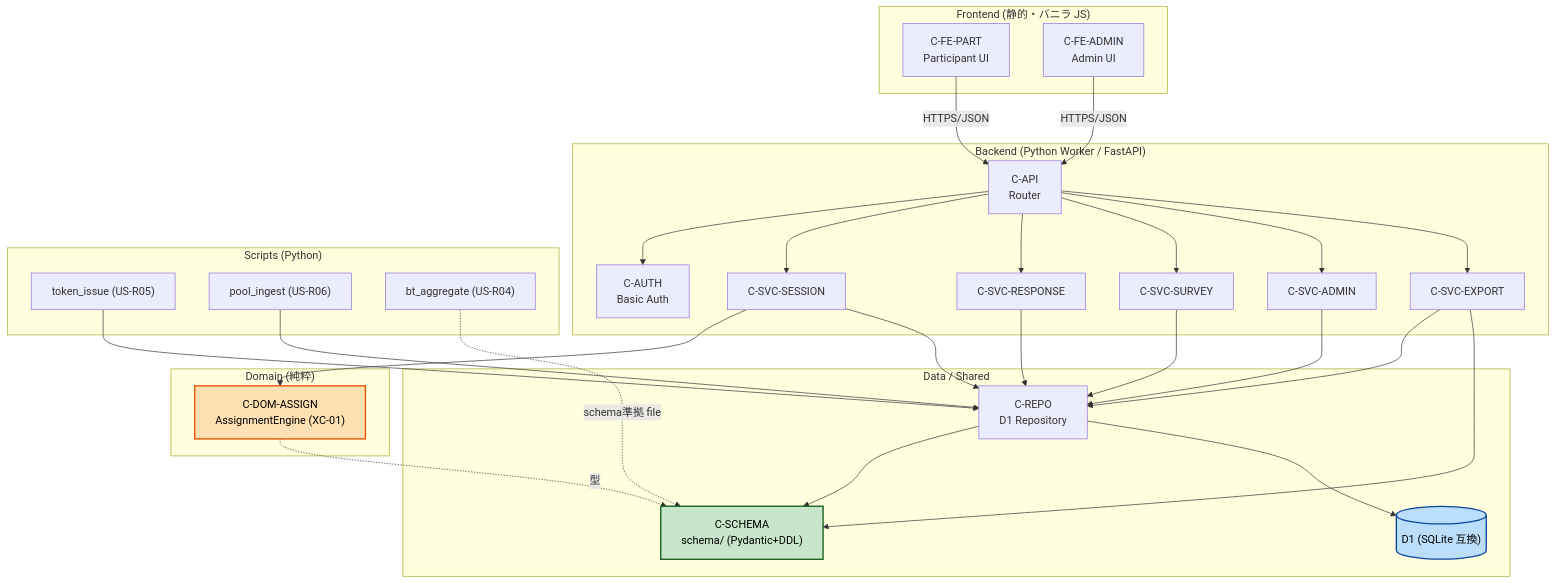
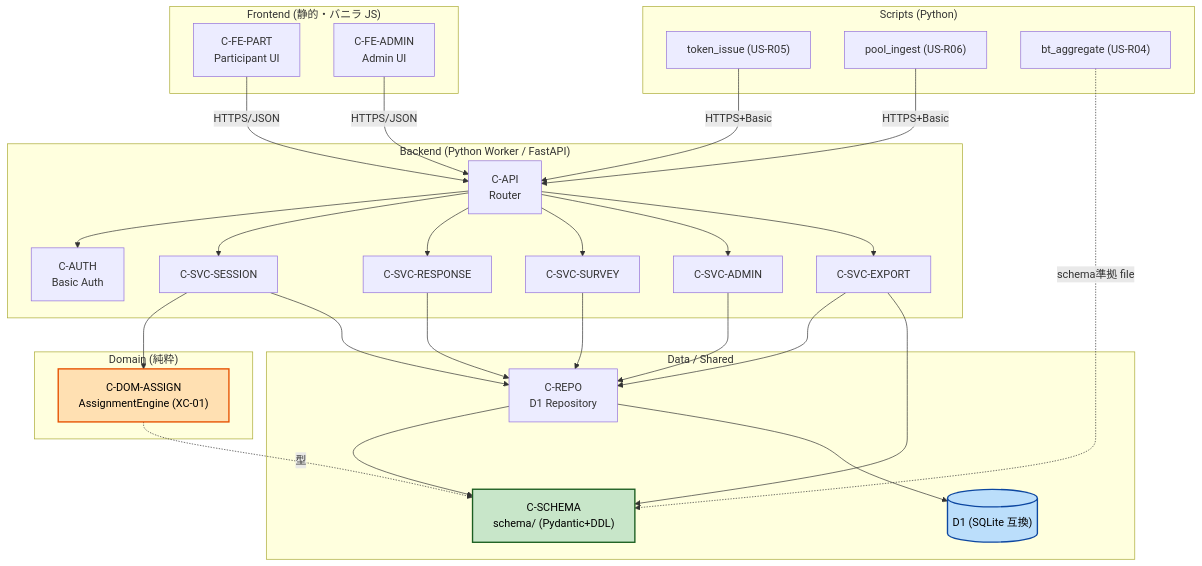
The diagram in aidlc-docs/inception/application-design/component-dependency.md (u-10bei/nazokake-judge), drawn with Mermaid before and after one commit. The commit also changed other lines of this file and 6 other files, not shown here.

````diff
--- a/aidlc-docs/inception/application-design/component-dependency.md
+++ b/aidlc-docs/inception/application-design/component-dependency.md
@@ -47,60 +47,60 @@
 ```mermaid
 flowchart TD
     subgraph FE["Frontend (静的・バニラ JS)"]
         PART["C-FE-PART<br/>Participant UI"]
         ADMIN_UI["C-FE-ADMIN<br/>Admin UI"]
     end
 
     subgraph BE["Backend (Python Worker / FastAPI)"]
         API["C-API<br/>Router"]
         AUTH["C-AUTH<br/>Basic Auth"]
         SESS["C-SVC-SESSION"]
         RESP["C-SVC-RESPONSE"]
         SURV["C-SVC-SURVEY"]
         ADM["C-SVC-ADMIN"]
         EXP["C-SVC-EXPORT"]
     end
 
     subgraph DOM["Domain (純粋)"]
         ASG["C-DOM-ASSIGN<br/>AssignmentEngine (XC-01)"]
     end
 
     subgraph DATA["Data / Shared"]
         REPO["C-REPO<br/>D1 Repository"]
         SCH["C-SCHEMA<br/>schema/ (Pydantic+DDL)"]
         D1[("D1 (SQLite 互換)")]
     end
 
     subgraph SC["Scripts (Python)"]
         TOK["token_issue (US-R05)"]
         POOL["pool_ingest (US-R06)"]
         BT["bt_aggregate (US-R04)"]
     end
 
     PART -->|HTTPS/JSON| API
     ADMIN_UI -->|HTTPS/JSON| API
     API --> AUTH
     API --> SESS
     API --> RESP
     API --> SURV
     API --> ADM
     API --> EXP
     SESS --> ASG
     SESS --> REPO
     RESP --> REPO
     SURV --> REPO
     ADM --> REPO
     EXP --> REPO
     EXP --> SCH
     REPO --> SCH
     REPO --> D1
     ASG -.型.-> SCH
-    TOK --> REPO
-    POOL --> REPO
+    TOK -->|HTTPS+Basic| API
+    POOL -->|HTTPS+Basic| API
     BT -.schema準拠 file.-> SCH
 
     style ASG fill:#FFE0B2,stroke:#E65100,stroke-width:2px,color:#000
     style SCH fill:#C8E6C9,stroke:#1B5E20,stroke-width:2px,color:#000
     style D1 fill:#BBDEFB,stroke:#0D47A1,stroke-width:2px,color:#000
     linkStyle default stroke:#333,stroke-width:1px
 ```
````
